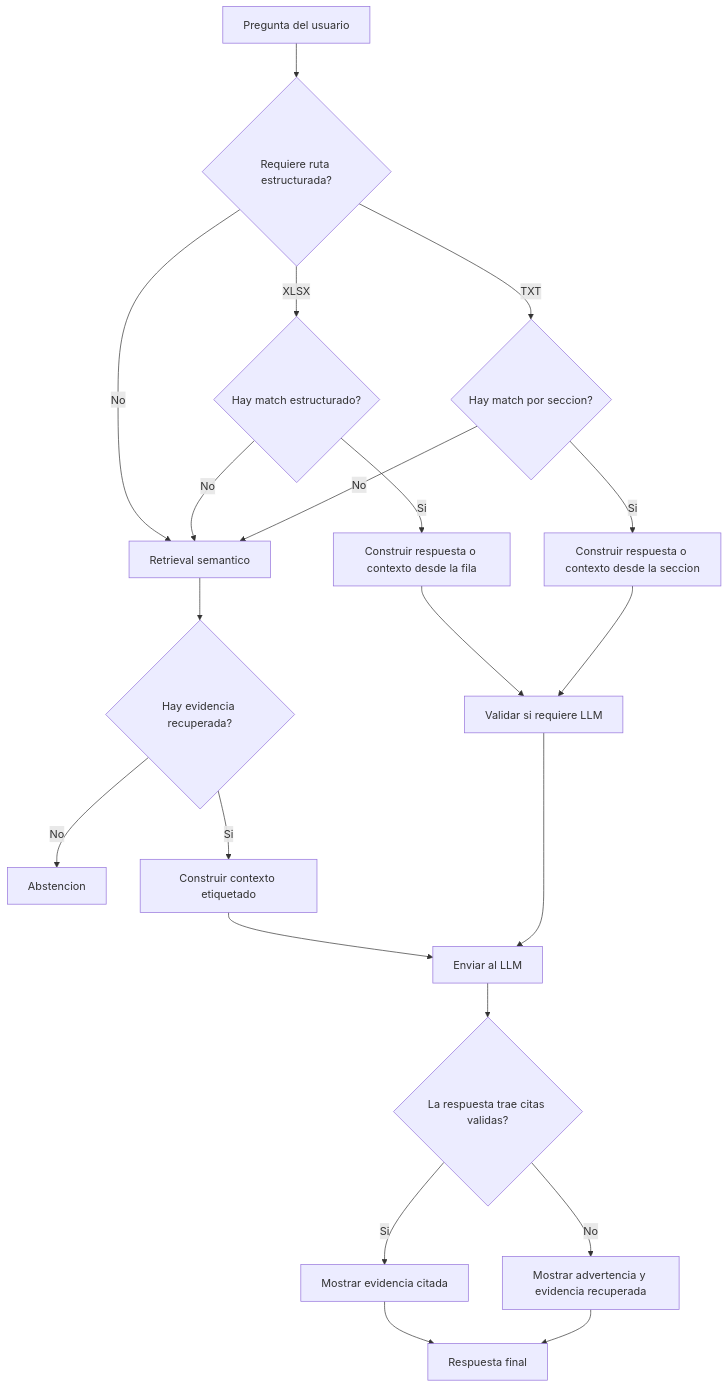
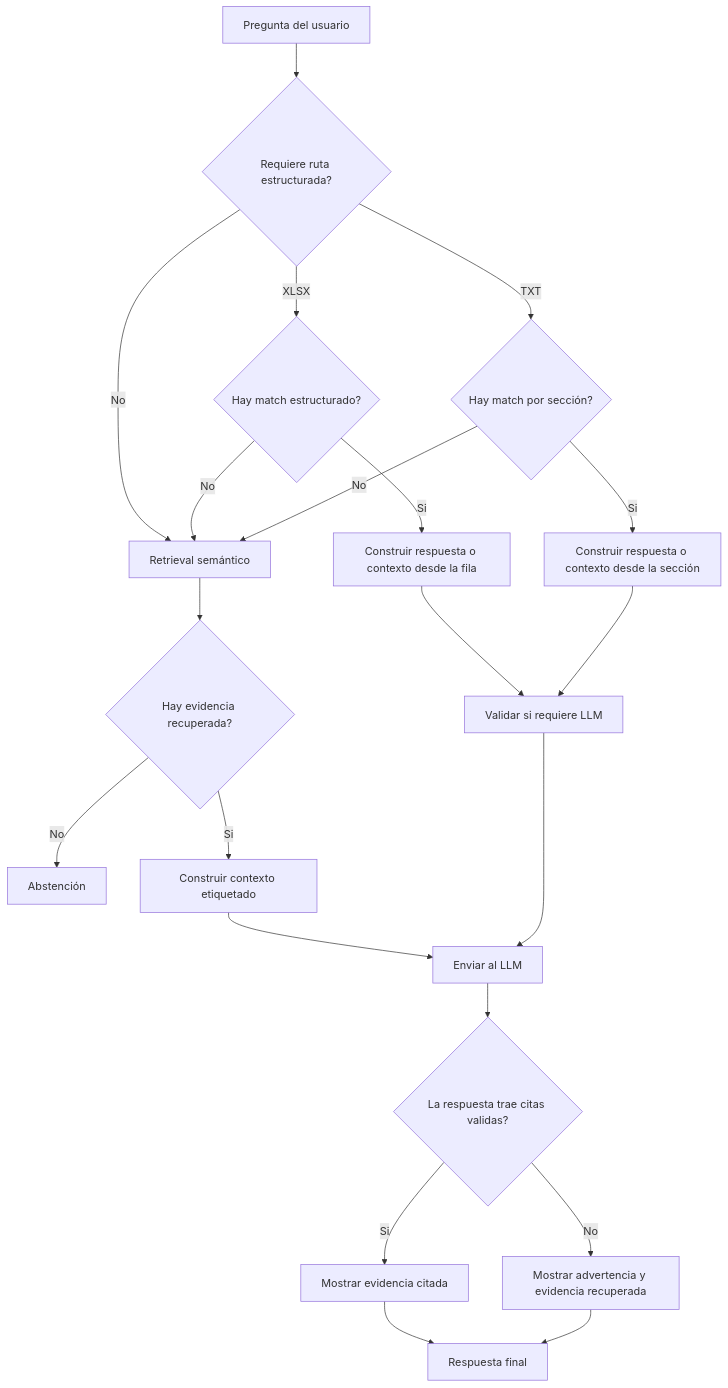
Before and after one commit to MauPos04/RAG_BIOS: the fourth of 4 diagrams in README2.md, drawn with Mermaid. The commit also changed other lines of this file and 1 other file, not shown here.

````diff
--- a/README2.md
+++ b/README2.md
@@ -108,23 +108,23 @@
 ```mermaid
 flowchart TD
     A[Pregunta del usuario] --> B{Requiere ruta estructurada?}
     B -- XLSX --> C{Hay match estructurado?}
-    B -- TXT --> D{Hay match por seccion?}
-    B -- No --> E[Retrieval semantico]
+    B -- TXT --> D{Hay match por sección?}
+    B -- No --> E[Retrieval semántico]
     C -- Si --> F[Construir respuesta o contexto desde la fila]
     C -- No --> E
-    D -- Si --> G[Construir respuesta o contexto desde la seccion]
+    D -- Si --> G[Construir respuesta o contexto desde la sección]
     D -- No --> E
     E --> H{Hay evidencia recuperada?}
-    H -- No --> I[Abstencion]
+    H -- No --> I[Abstención]
     H -- Si --> J[Construir contexto etiquetado]
     F --> K[Validar si requiere LLM]
     G --> K
     J --> L[Enviar al LLM]
     K --> L
     L --> M{La respuesta trae citas validas?}
     M -- Si --> N[Mostrar evidencia citada]
     M -- No --> O[Mostrar advertencia y evidencia recuperada]
     N --> P[Respuesta final]
     O --> P
 ```
````
